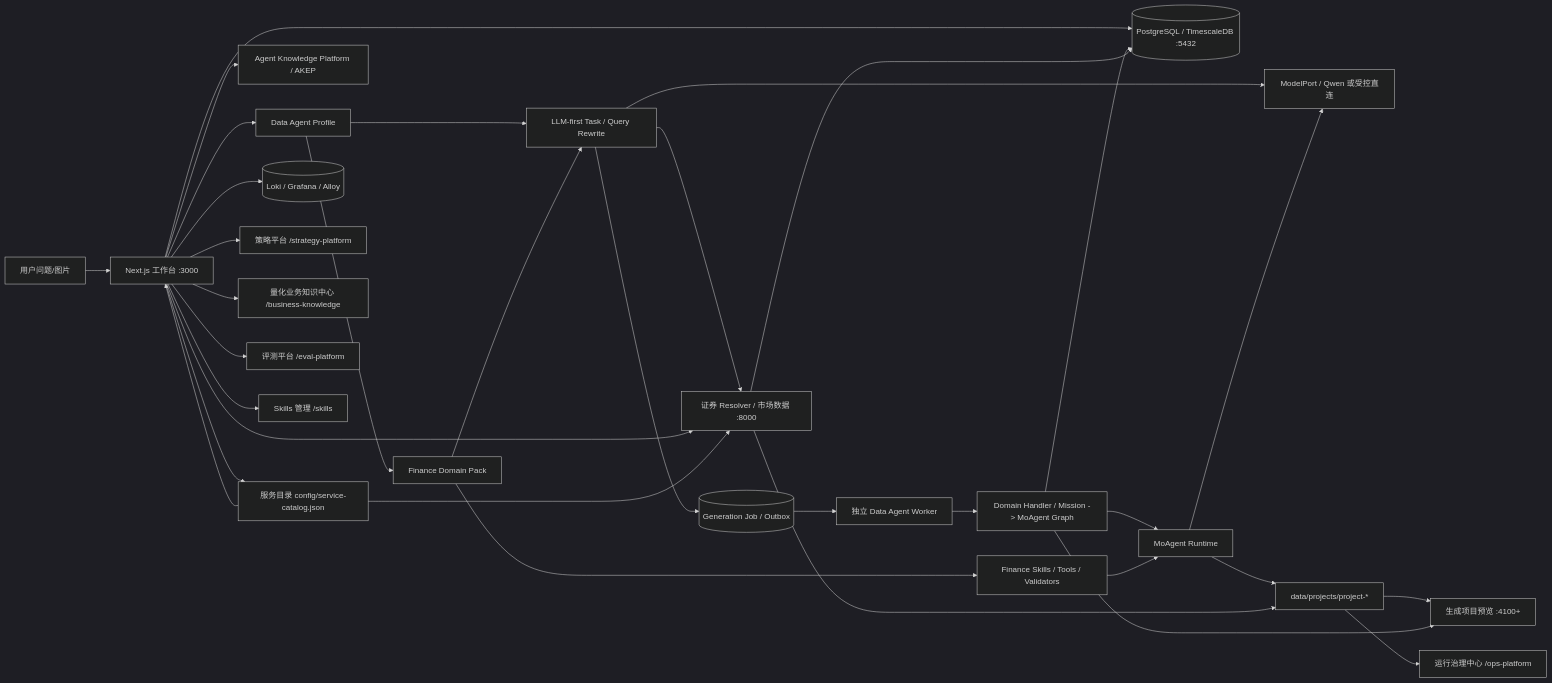
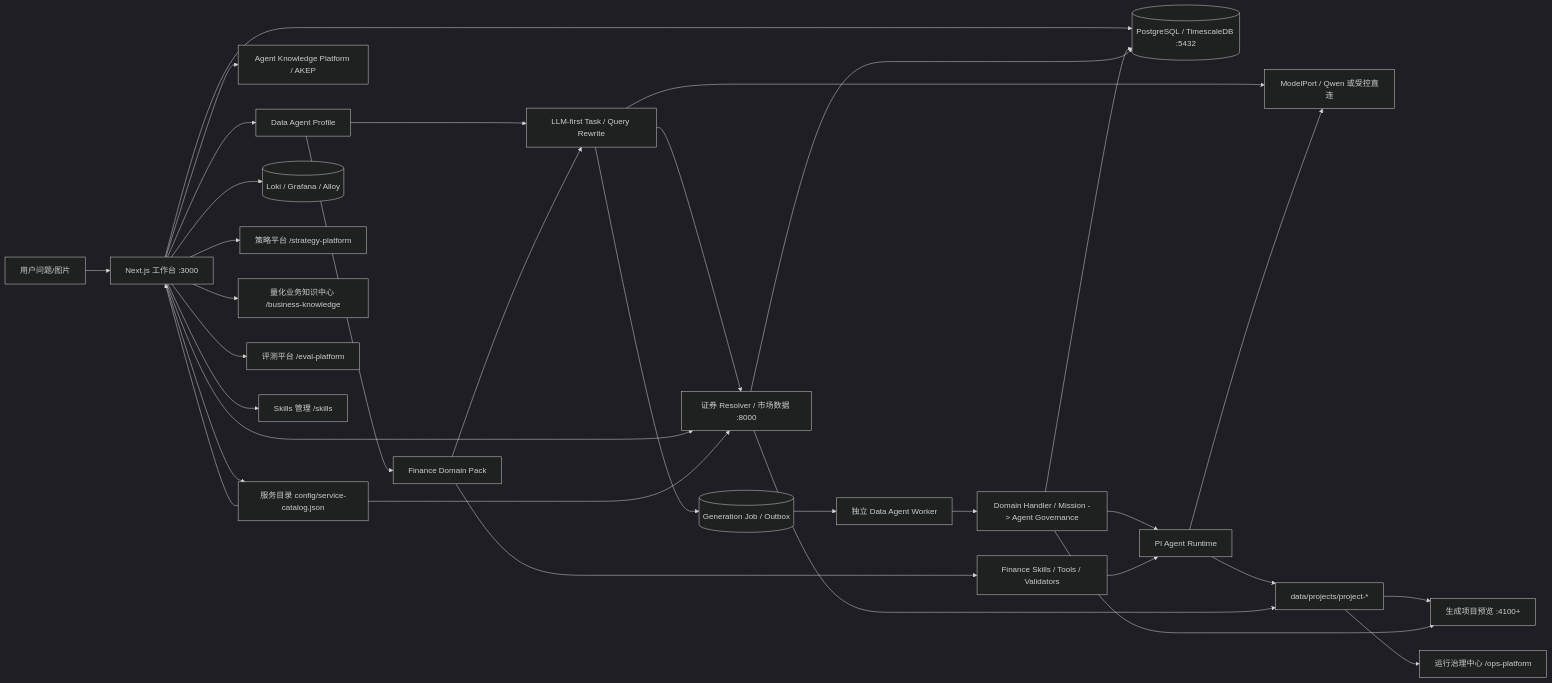
Before and after one commit to xbzz1018/SignalForge: the diagram in docs/architecture.md, drawn with Mermaid (dark theme). The commit also changed other lines of this file and 28 other files, not shown here.

````diff
--- a/docs/architecture.md
+++ b/docs/architecture.md
@@ -5,35 +5,35 @@
 ```mermaid
 flowchart LR
   U[用户问题/图片] --> W[Next.js 工作台 :3000]
   W --> D[Data Agent Profile]
   D --> Q[LLM-first Task / Query Rewrite]
   D --> F[Finance Domain Pack]
   F --> Q
   Q --> MP[ModelPort / Qwen 或受控直连]
   Q --> M[证券 Resolver / 市场数据 :8000]
   Q --> J[(Generation Job / Outbox)]
   J --> WK[独立 Data Agent Worker]
-  WK --> G[Domain Handler / Mission -> MoAgent Graph]
+  WK --> G[Domain Handler / Mission -> Agent Governance]
   W --> DB[(PostgreSQL / TimescaleDB :5432)]
-  G --> R[MoAgent Runtime]
+  G --> R[PI Agent Runtime]
   G --> DB
   F --> S[Finance Skills / Tools / Validators]
   S --> R
   W --> K[Agent Knowledge Platform / AKEP]
   R --> MP
   W --> M
   W --> SC[服务目录 config/service-catalog.json]
   SC --> W
   SC --> M
   M --> DB
   W --> L[(Loki / Grafana / Alloy)]
   R --> P[data/projects/project-*]
   M --> P
   P --> V[生成项目预览 :4100+]
   G --> V
   P --> H[运行治理中心 /ops-platform]
   W --> T[策略平台 /strategy-platform]
   W --> C[量化业务知识中心 /business-knowledge]
   W --> E[评测平台 /eval-platform]
   W --> A[Skills 管理 /skills]
 ```
````
